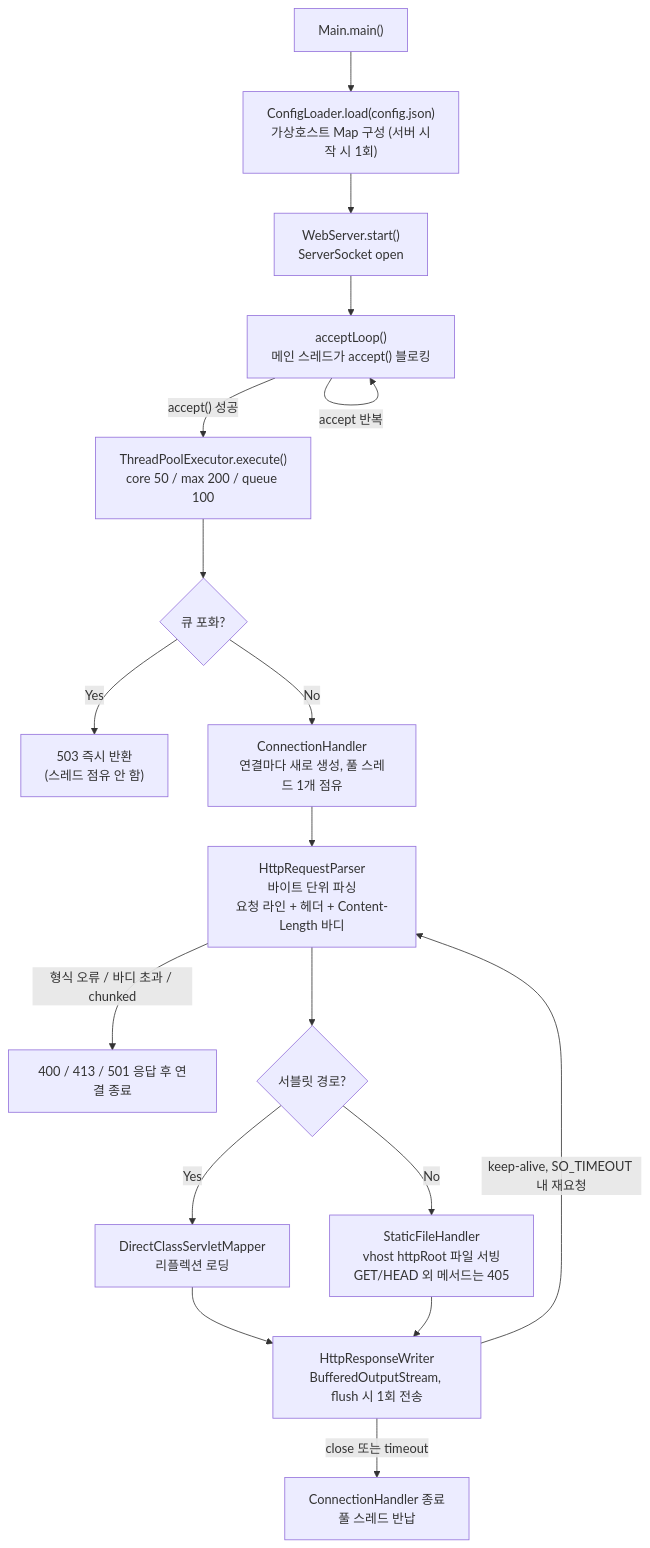
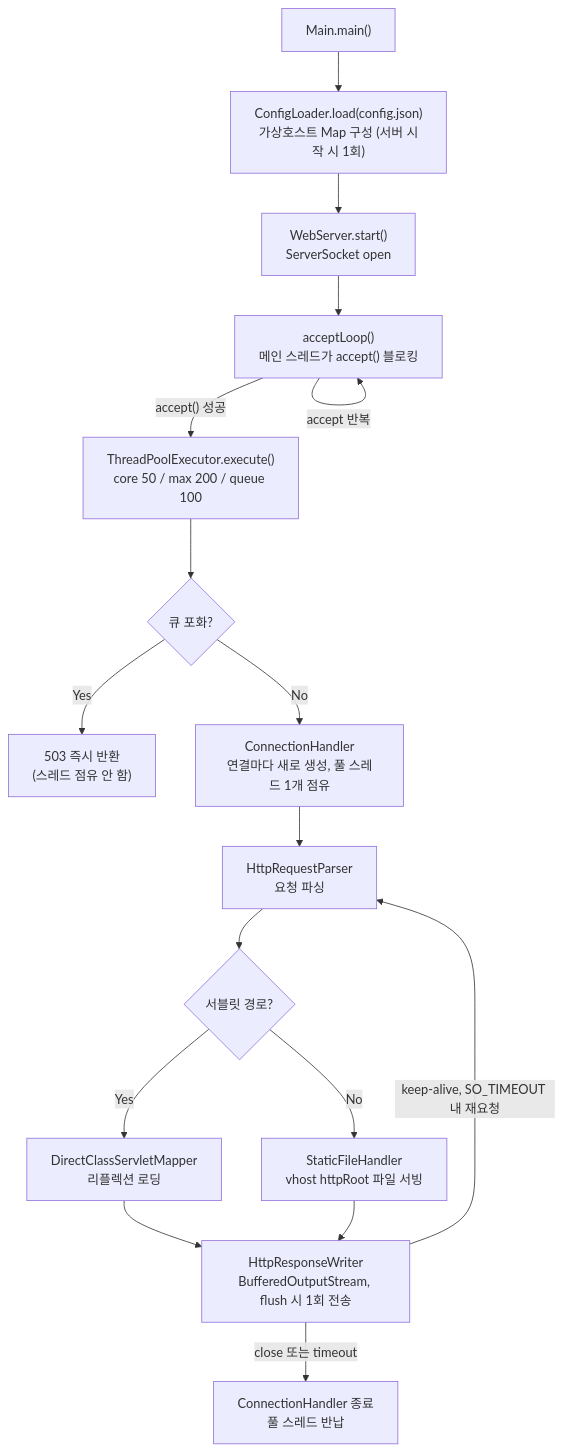
Before and after one commit to sun8183/was-lab: the diagram in README.md, drawn with Mermaid. The commit also changed other lines of this file, not shown here.

````diff
--- a/README.md
+++ b/README.md
@@ -20,20 +53,19 @@
 ```mermaid
 flowchart TD
     A["Main.main()"] --> B["ConfigLoader.load(config.json)<br/>가상호스트 Map 구성 (서버 시작 시 1회)"]
     B --> C["WebServer.start()<br/>ServerSocket open"]
     C --> D["acceptLoop()<br/>메인 스레드가 accept() 블로킹"]
     D -->|"accept() 성공"| E["ThreadPoolExecutor.execute()<br/>core 50 / max 200 / queue 100"]
     E --> E1{"큐 포화?"}
     E1 -->|Yes| E2["503 즉시 반환<br/>(스레드 점유 안 함)"]
     E1 -->|No| F2["ConnectionHandler<br/>연결마다 새로 생성, 풀 스레드 1개 점유"]
-    F2 --> F["HttpRequestParser<br/>바이트 단위 파싱<br/>요청 라인 + 헤더 + Content-Length 바디"]
-    F -->|"형식 오류 / 바디 초과 / chunked"| F3["400 / 413 / 501 응답 후 연결 종료"]
+    F2 --> F["HttpRequestParser<br/>요청 파싱"]
     F --> G{"서블릿 경로?"}
     G -->|Yes| H["DirectClassServletMapper<br/>리플렉션 로딩"]
-    G -->|No| I["StaticFileHandler<br/>vhost httpRoot 파일 서빙<br/>GET/HEAD 외 메서드는 405"]
+    G -->|No| I["StaticFileHandler<br/>vhost httpRoot 파일 서빙"]
     H --> J["HttpResponseWriter<br/>BufferedOutputStream, flush 시 1회 전송"]
     I --> J
     J -->|"keep-alive, SO_TIMEOUT 내 재요청"| F
     J -->|"close 또는 timeout"| K["ConnectionHandler 종료<br/>풀 스레드 반납"]
     D -->|accept 반복| D
 ```
````
